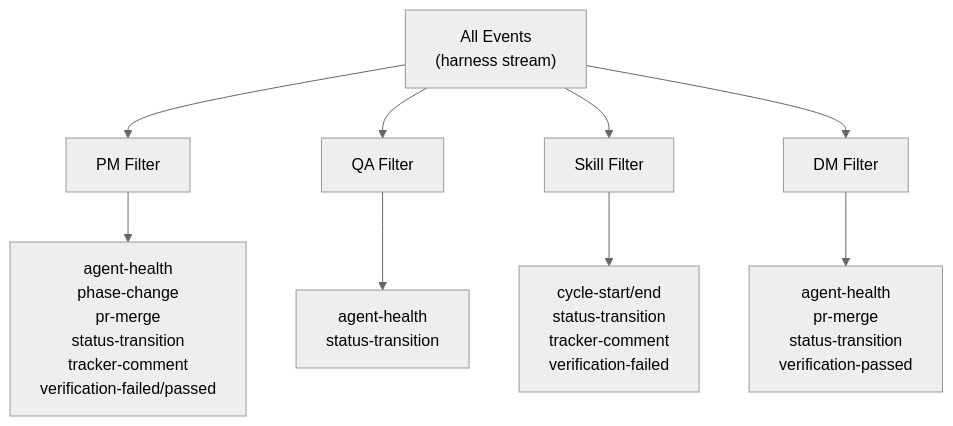
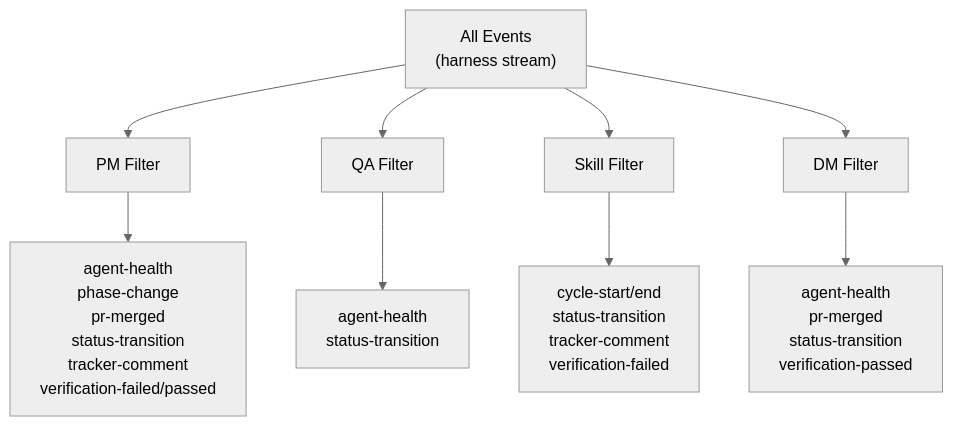
Before and after one commit to WallyDoodlez/SquidSquad: the third of 6 diagrams in docs/event-bus.md, drawn with Mermaid (neutral theme). The commit also changed other lines of this file and 2 other files, not shown here.

Commit message:
dm: dm: cycle 1329 — doc scan R57 docs/event-bus.md (1 fix: pr-merge → pr-merged event name, harness source attribution)

````diff
--- a/docs/event-bus.md
+++ b/docs/event-bus.md
@@ -130,17 +130,17 @@
 ```mermaid
 graph TD
     EVENTS["All Events<br/>(harness stream)"]
 
     EVENTS --> PM_FILTER["PM Filter"]
     EVENTS --> QA_FILTER["QA Filter"]
     EVENTS --> SKILL_FILTER["Skill Filter"]
     EVENTS --> DM_FILTER["DM Filter"]
 
-    PM_FILTER --> PM_EVENTS["agent-health<br/>phase-change<br/>pr-merge<br/>status-transition<br/>tracker-comment<br/>verification-failed/passed"]
+    PM_FILTER --> PM_EVENTS["agent-health<br/>phase-change<br/>pr-merged<br/>status-transition<br/>tracker-comment<br/>verification-failed/passed"]
 
     QA_FILTER --> QA_EVENTS["agent-health<br/>status-transition"]
 
     SKILL_FILTER --> SKILL_EVENTS["cycle-start/end<br/>status-transition<br/>tracker-comment<br/>verification-failed"]
 
-    DM_FILTER --> DM_EVENTS["agent-health<br/>pr-merge<br/>status-transition<br/>verification-passed"]
+    DM_FILTER --> DM_EVENTS["agent-health<br/>pr-merged<br/>status-transition<br/>verification-passed"]
 ```
````
